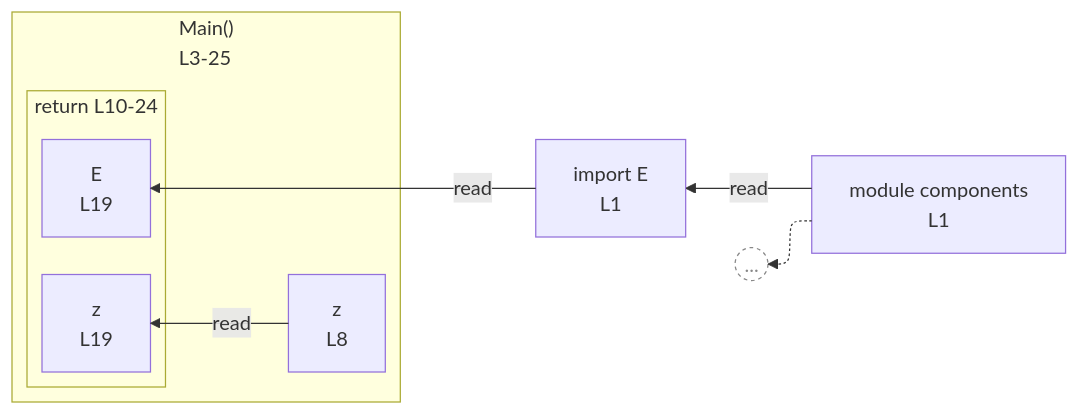
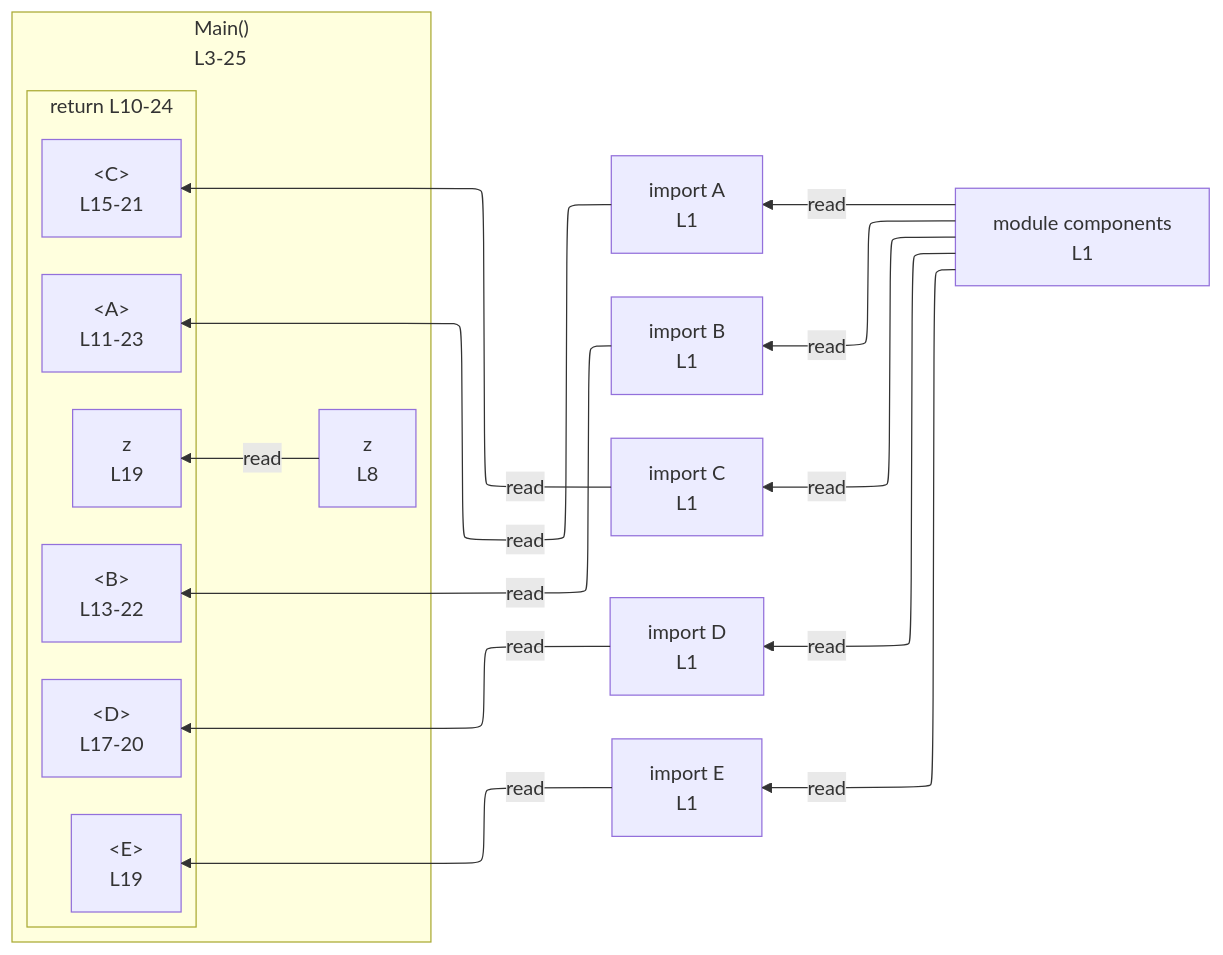
One commit to crescware/unsnarl changed the diagram in integration/fixtures/jsx-nested-five/preview.pruned-r19.md. Above: the diagram before and after it, drawn with Mermaid. The commit also changed 95 other files, not shown here.

````diff
--- a/integration/fixtures/jsx-nested-five/preview.pruned-r19.md
+++ b/integration/fixtures/jsx-nested-five/preview.pruned-r19.md
@@ -41,23 +41,35 @@
 ```mermaid
 %%{init: {"flowchart": {"defaultRenderer": "elk"}}}%%
 flowchart RL
-  %% pruning roots 19=2 ancestors=10 descendants=10
+  %% pruning roots 19=6 ancestors=10 descendants=10
+  n_scope_0_A_9["import A<br/>L1"]
+  n_scope_0_B_12["import B<br/>L1"]
+  n_scope_0_C_15["import C<br/>L1"]
+  n_scope_0_D_18["import D<br/>L1"]
   n_scope_0_E_21["import E<br/>L1"]
   subgraph s_scope_1["Main()<br/>L3-25"]
     direction RL
     n_scope_1_z_139["z<br/>L8"]
     subgraph s_return_scope_0_Main_54_151_331["return L10-24"]
       direction RL
-      ret_use_ref_8["E<br/>L19"]
+      ret_use_ref_0["&lt;A&gt;<br/>L11-23"]
+      ret_use_ref_2["&lt;B&gt;<br/>L13-22"]
+      ret_use_ref_4["&lt;C&gt;<br/>L15-21"]
+      ret_use_ref_6["&lt;D&gt;<br/>L17-20"]
+      ret_use_ref_8["&lt;E&gt;<br/>L19"]
       ret_use_ref_9["z<br/>L19"]
     end
   end
+  n_scope_0_A_9 -->|read| ret_use_ref_0
+  n_scope_0_B_12 -->|read| ret_use_ref_2
+  n_scope_0_C_15 -->|read| ret_use_ref_4
+  n_scope_0_D_18 -->|read| ret_use_ref_6
   n_scope_0_E_21 -->|read| ret_use_ref_8
   n_scope_1_z_139 -->|read| ret_use_ref_9
   mod_components["module components<br/>L1"]
+  mod_components -->|read| n_scope_0_A_9
+  mod_components -->|read| n_scope_0_B_12
+  mod_components -->|read| n_scope_0_C_15
+  mod_components -->|read| n_scope_0_D_18
   mod_components -->|read| n_scope_0_E_21
-  boundary_stub_1((...))
-  mod_components -.-> boundary_stub_1
-  classDef boundaryStub fill:transparent,stroke:#888,stroke-dasharray:3 3,color:#888;
-  class boundary_stub_1 boundaryStub;
 ```
````
